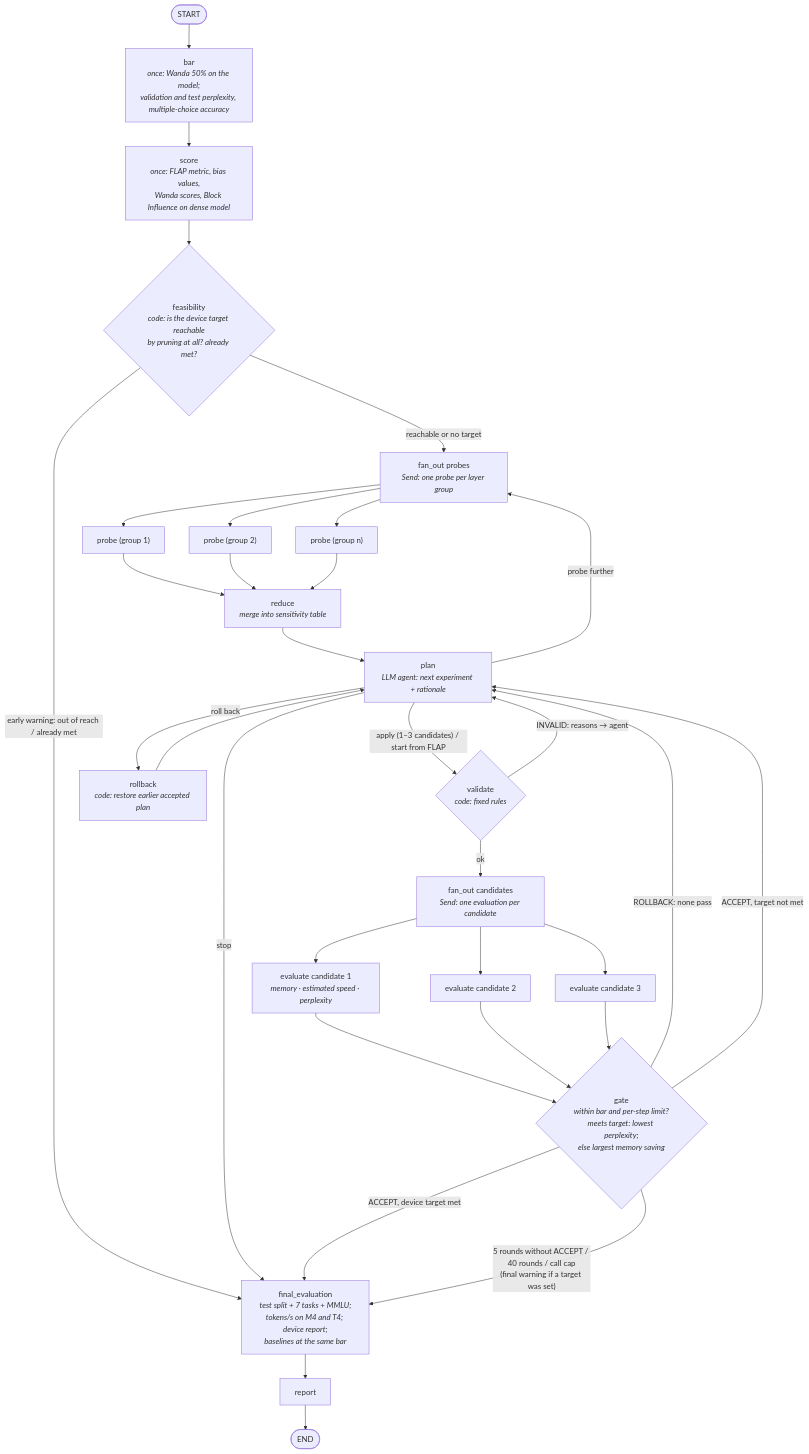
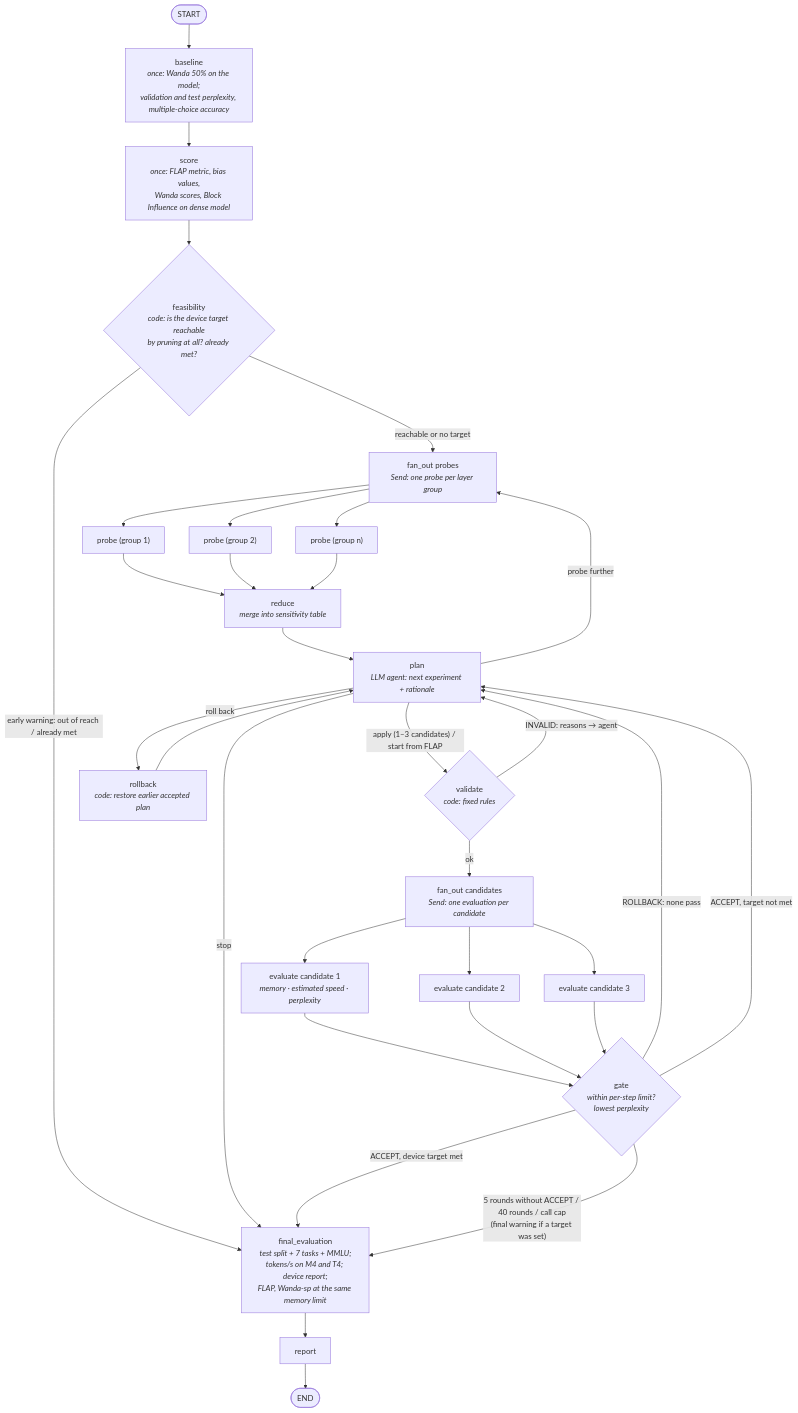
The third of 4 diagrams in ARCHITECTURE.md (stephxu96/pruneagent), drawn with Mermaid before and after one commit. The commit also changed other lines of this file, not shown here.

Commit message:
Architecture v0.7: memory limit is a required input, goal is most quality within it; FLAP and Wanda-sp compared at the same memory limit; Baseline: Wanda-50% as reference with no allowance for now

````diff
--- a/ARCHITECTURE.md
+++ b/ARCHITECTURE.md
@@ -245,24 +247,24 @@
 ```mermaid
 flowchart TD
-    S([START]) --> BR["bar<br/><i>once: Wanda 50% on the model;<br/>validation and test perplexity, multiple-choice accuracy</i>"]
+    S([START]) --> BR["baseline<br/><i>once: Wanda 50% on the model;<br/>validation and test perplexity, multiple-choice accuracy</i>"]
     BR --> SC["score<br/><i>once: FLAP metric, bias values,<br/>Wanda scores, Block Influence on dense model</i>"]
     SC --> FE{"feasibility<br/><i>code: is the device target reachable<br/>by pruning at all? already met?</i>"}
     FE -- "early warning: out of reach / already met" --> FN
     FE -- "reachable or no target" --> FO["fan_out probes<br/><i>Send: one probe per layer group</i>"]
     FO --> PB1["probe (group 1)"] & PB2["probe (group 2)"] & PBN["probe (group n)"]
     PB1 & PB2 & PBN --> RD["reduce<br/><i>merge into sensitivity table</i>"]
     RD --> PL["plan<br/><i>LLM agent: next experiment + rationale</i>"]
     PL -- "probe further" --> FO
     PL -- "stop" --> FN
     PL -- "apply (1–3 candidates) / start from FLAP" --> VA{"validate<br/><i>code: fixed rules</i>"}
     PL -- "roll back" --> RB["rollback<br/><i>code: restore earlier accepted plan</i>"] --> PL
     VA -- "INVALID: reasons → agent" --> PL
     VA -- "ok" --> FC["fan_out candidates<br/><i>Send: one evaluation per candidate</i>"]
     FC --> E1["evaluate candidate 1<br/><i>memory · estimated speed · perplexity</i>"] & E2["evaluate candidate 2"] & E3["evaluate candidate 3"]
-    E1 & E2 & E3 --> GT{"gate<br/><i>within bar and per-step limit?<br/>meets target: lowest perplexity;<br/>else largest memory saving</i>"}
+    E1 & E2 & E3 --> GT{"gate<br/><i>within per-step limit?<br/>lowest perplexity</i>"}
     GT -- "ROLLBACK: none pass" --> PL
     GT -- "ACCEPT, target not met" --> PL
     GT -- "ACCEPT, device target met" --> FN
-    GT -- "5 rounds without ACCEPT / 40 rounds / call cap<br/>(final warning if a target was set)" --> FN["final_evaluation<br/><i>test split + 7 tasks + MMLU;<br/>tokens/s on M4 and T4; device report;<br/>baselines at the same bar</i>"]
+    GT -- "5 rounds without ACCEPT / 40 rounds / call cap<br/>(final warning if a target was set)" --> FN["final_evaluation<br/><i>test split + 7 tasks + MMLU;<br/>tokens/s on M4 and T4; device report;<br/>FLAP, Wanda-sp at the same memory limit</i>"]
     FN --> RP["report"] --> E([END])
 ```
````
